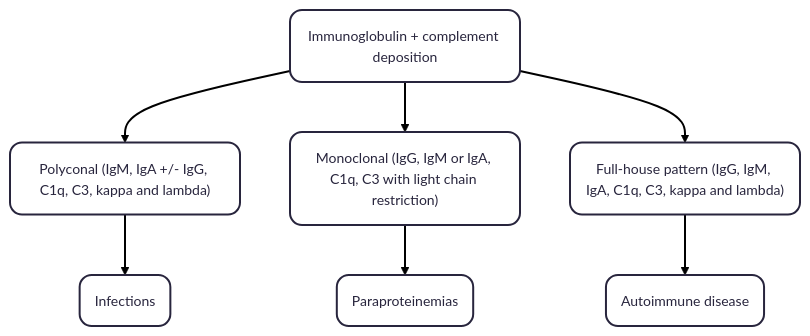
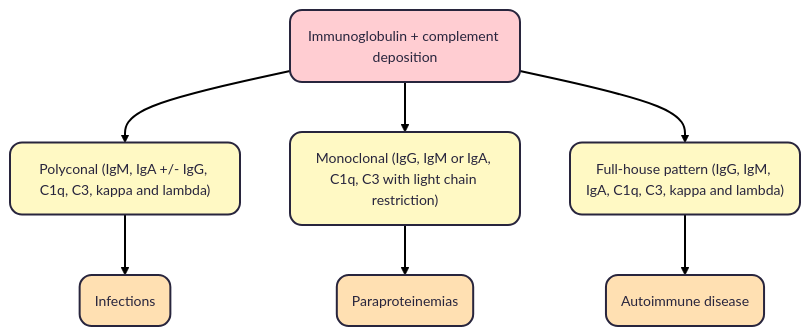
One commit to TTUNEPH2025/GN changed the second of 5 diagrams in docs/MPGN-C3GN.md. Above: the diagram before and after it, drawn with Mermaid.

````diff
--- a/docs/MPGN-C3GN.md
+++ b/docs/MPGN-C3GN.md
@@ -70,19 +70,26 @@
 ```mermaid
 ---
 config:
   theme: redux
 ---
 flowchart TB
     n2["Immunoglobulin + complement deposition"] --> n5["Polyconal (IgM, IgA +/- IgG, C1q, C3, kappa and lambda)"] & n6["Monoclonal (IgG, IgM or IgA, C1q, C3 with light chain restriction)"] & n7["Full-house pattern (IgG, IgM, IgA, C1q, C3, kappa and lambda)"]
     n5 --> n11["Infections"]
     n6 --> n12["Paraproteinemias"]
     n7 --> n13["Autoimmune disease"]
 
     n2@{ shape: rounded}
     n5@{ shape: rounded}
     n6@{ shape: rounded}
     n7@{ shape: rounded}
     n11@{ shape: rounded}
     n12@{ shape: rounded}
     n13@{ shape: rounded}
+    style n2 fill:#FFCDD2
+    style n5 fill:#FFF9C4
+    style n6 fill:#FFF9C4
+    style n7 fill:#FFF9C4
+    style n11 fill:#FFE0B2
+    style n12 fill:#FFE0B2
+    style n13 fill:#FFE0B2
 ```
````
